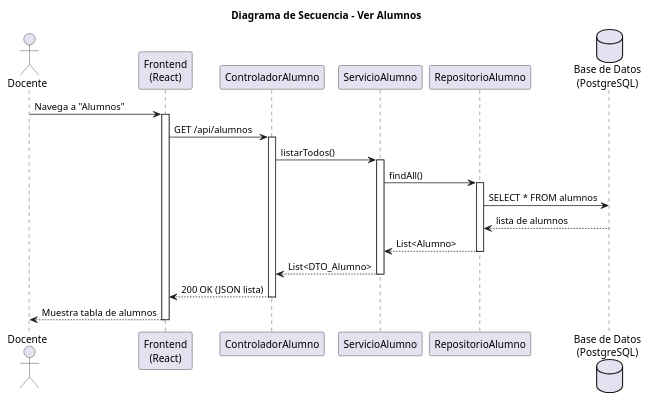
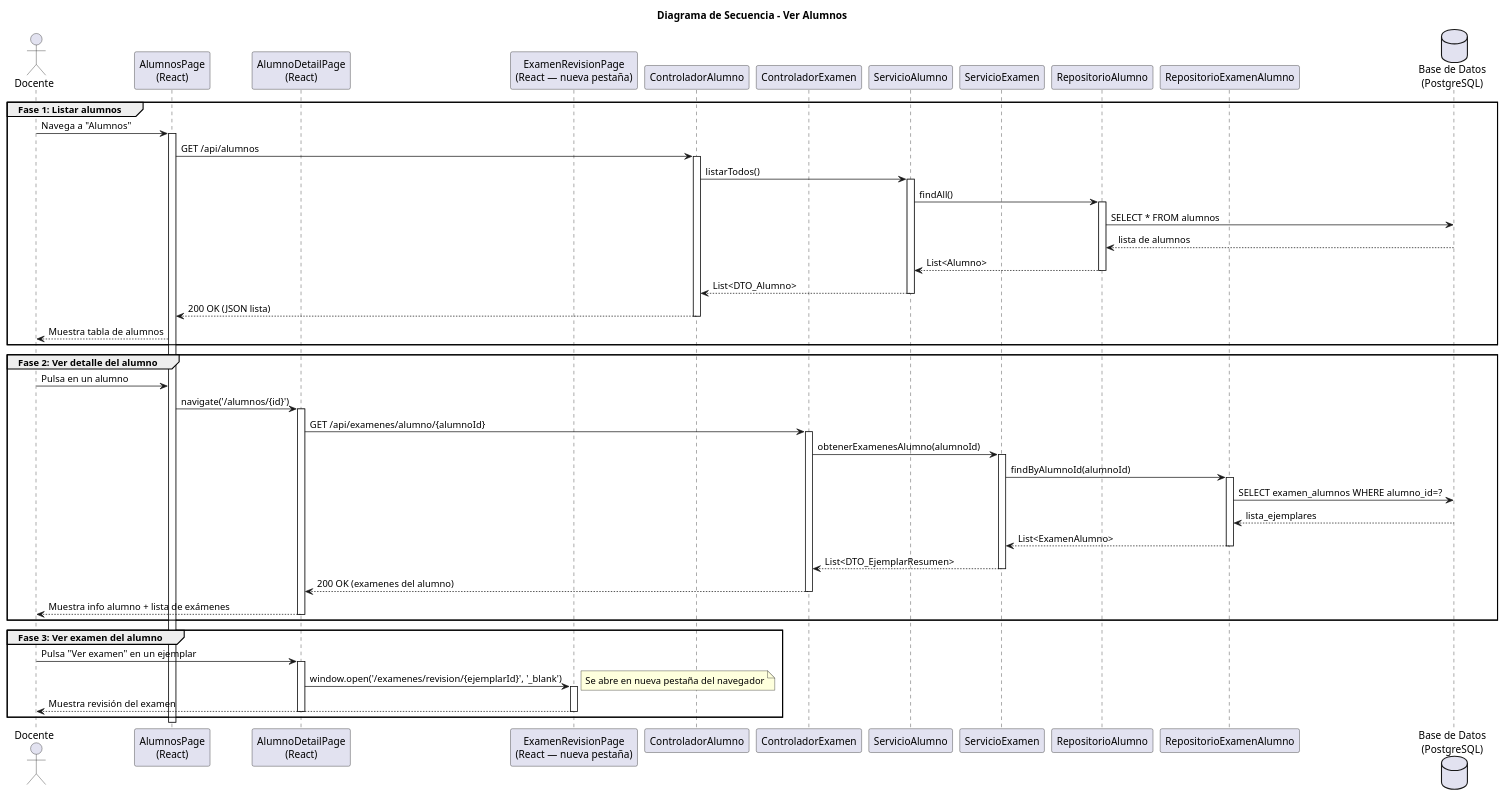
The diagram in RUP/02-diseño/casos-uso/CU-23-verAlumnos/diseno-secuencia-CU-23-verAlumnos.puml (liamanderson873/25-26-idsw2-sdVC), drawn with PlantUML before and after one commit. The commit also changed 12 other files, not shown here.

First line of the commit message:
docs(RUP): actualizar diagramas de análisis y diseño con páginas de detalle, batch cancel y revisión en pestaña propia

```diff
--- a/RUP/02-diseño/casos-uso/CU-23-verAlumnos/diseno-secuencia-CU-23-verAlumnos.puml
+++ b/RUP/02-diseño/casos-uso/CU-23-verAlumnos/diseno-secuencia-CU-23-verAlumnos.puml
@@ -1,36 +1,86 @@
 @startuml secuencia-cu23-ver-alumnos
 title Diagrama de Secuencia - Ver Alumnos
 
 actor "Docente" as Actor
-participant "Frontend\n(React)" as FE
-participant "ControladorAlumno" as Controller
-participant "ServicioAlumno" as Service
+participant "AlumnosPage\n(React)" as ListPage
+participant "AlumnoDetailPage\n(React)" as DetailPage
+participant "ExamenRevisionPage\n(React — nueva pestaña)" as RevisionPage
+participant "ControladorAlumno" as CtrlAlumno
+participant "ControladorExamen" as CtrlExamen
+participant "ServicioAlumno" as SvcAlumno
+participant "ServicioExamen" as SvcExamen
 participant "RepositorioAlumno" as RepoAlumno
+participant "RepositorioExamenAlumno" as RepoExAl
 database "Base de Datos\n(PostgreSQL)" as DB
 
-Actor -> FE : Navega a "Alumnos"
-activate FE
+group Fase 1: Listar alumnos
+    Actor -> ListPage : Navega a "Alumnos"
+    activate ListPage
 
-FE -> Controller : GET /api/alumnos
-activate Controller
+    ListPage -> CtrlAlumno : GET /api/alumnos
+    activate CtrlAlumno
 
-Controller -> Service : listarTodos()
-activate Service
+    CtrlAlumno -> SvcAlumno : listarTodos()
+    activate SvcAlumno
 
-Service -> RepoAlumno : findAll()
-activate RepoAlumno
-RepoAlumno -> DB : SELECT * FROM alumnos
-DB --> RepoAlumno : lista de alumnos
-RepoAlumno --> Service : List<Alumno>
-deactivate RepoAlumno
+    SvcAlumno -> RepoAlumno : findAll()
+    activate RepoAlumno
+    RepoAlumno -> DB : SELECT * FROM alumnos
+    DB --> RepoAlumno : lista de alumnos
+    RepoAlumno --> SvcAlumno : List<Alumno>
+    deactivate RepoAlumno
 
-Service --> Controller : List<DTO_Alumno>
-deactivate Service
+    SvcAlumno --> CtrlAlumno : List<DTO_Alumno>
+    deactivate SvcAlumno
 
-Controller --> FE : 200 OK (JSON lista)
-deactivate Controller
+    CtrlAlumno --> ListPage : 200 OK (JSON lista)
+    deactivate CtrlAlumno
 
-FE --> Actor : Muestra tabla de alumnos
-deactivate FE
+    ListPage --> Actor : Muestra tabla de alumnos
+end
+
+group Fase 2: Ver detalle del alumno
+    Actor -> ListPage : Pulsa en un alumno
+
+    ListPage -> DetailPage : navigate('/alumnos/{id}')
+    activate DetailPage
+
+    DetailPage -> CtrlExamen : GET /api/examenes/alumno/{alumnoId}
+    activate CtrlExamen
+
+    CtrlExamen -> SvcExamen : obtenerExamenesAlumno(alumnoId)
+    activate SvcExamen
+
+    SvcExamen -> RepoExAl : findByAlumnoId(alumnoId)
+    activate RepoExAl
+    RepoExAl -> DB : SELECT examen_alumnos WHERE alumno_id=?
+    DB --> RepoExAl : lista_ejemplares
+    RepoExAl --> SvcExamen : List<ExamenAlumno>
+    deactivate RepoExAl
+
+    SvcExamen --> CtrlExamen : List<DTO_EjemplarResumen>
+    deactivate SvcExamen
+
+    CtrlExamen --> DetailPage : 200 OK (examenes del alumno)
+    deactivate CtrlExamen
+
+    DetailPage --> Actor : Muestra info alumno + lista de exámenes
+    deactivate DetailPage
+end
+
+group Fase 3: Ver examen del alumno
+    Actor -> DetailPage : Pulsa "Ver examen" en un ejemplar
+    activate DetailPage
+
+    DetailPage -> RevisionPage : window.open('/examenes/revision/{ejemplarId}', '_blank')
+    activate RevisionPage
+    note right : Se abre en nueva pestaña del navegador
+
+    RevisionPage --> Actor : Muestra revisión del examen
+    deactivate RevisionPage
+    deactivate DetailPage
+end
+
+deactivate ListPage
 
 @enduml
```
